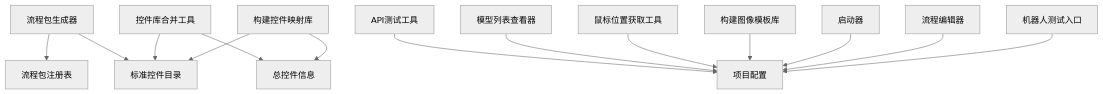
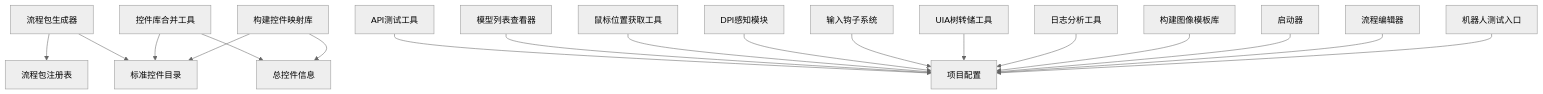
One commit to hanago33/WT_Automation changed diagram 12 of 12 in .qoder/repowiki/zh/content/可视化工具/开发工具集.md. Above: the diagram before and after it, drawn with Mermaid (neutral theme). The commit also changed other lines of this file and 220 other files, not shown here.

````diff
--- a/.qoder/repowiki/zh/content/可视化工具/开发工具集.md
+++ b/.qoder/repowiki/zh/content/可视化工具/开发工具集.md
@@ -375,16 +572,20 @@
 ```mermaid
 graph TB
 Gen["流程包生成器"] --> Reg["流程包注册表"]
 Gen --> Cat["标准控件目录"]
 Merge["控件库合并工具"] --> Cat
 Merge --> Total["总控件信息"]
 Test["API测试工具"] --> Conf["项目配置"]
 List["模型列表查看器"] --> Conf
 Mouse["鼠标位置获取工具"] --> Conf
+DPI["DPI感知模块"] --> Conf
+Hook["输入钩子系统"] --> Conf
+UIA["UIA树转储工具"] --> Conf
+Log["日志分析工具"] --> Conf
 BuildMap["构建控件映射库"] --> Cat
 BuildMap --> Total
 BuildImg["构建图像模板库"] --> Conf
 Launcher["启动器"] --> Conf
 Editor["流程编辑器"] --> Conf
 Robot["机器人测试入口"] --> Conf
 ```
````
